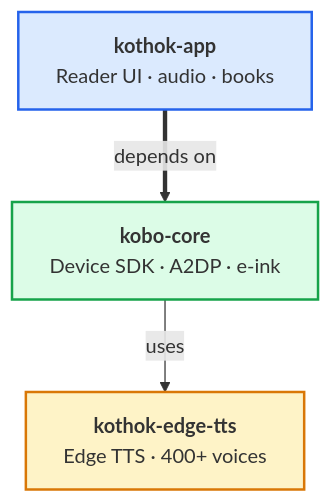
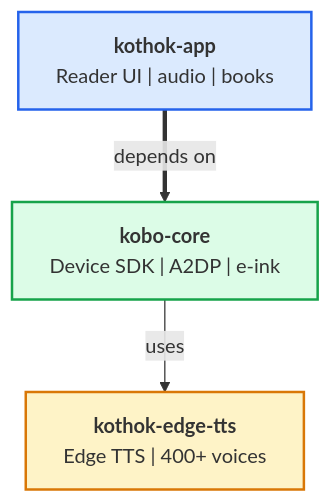
The first of 4 diagrams in README.md (Nayeem170/KoThok), drawn with Mermaid before and after one commit. The commit also changed 9 other files, not shown here.

First line of the commit message:
fix: audio resume, cursor color, loader shadow, bangla TTS, cleanup

````diff
--- a/README.md
+++ b/README.md
@@ -20,13 +20,13 @@
 ```mermaid
 flowchart TD
-    APP["<b>kothok-app</b><br/>Reader UI · audio · books"]
-    CORE["<b>kobo-core</b><br/>Device SDK · A2DP · e-ink"]
-    TTS["<b>kothok-edge-tts</b><br/>Edge TTS · 400+ voices"]
+    APP["<b>kothok-app</b><br/>Reader UI | audio | books"]
+    CORE["<b>kobo-core</b><br/>Device SDK | A2DP | e-ink"]
+    TTS["<b>kothok-edge-tts</b><br/>Edge TTS | 400+ voices"]
 
     APP ==>|"depends on"| CORE
     CORE -->|"uses"| TTS
 
     style APP fill:#dbeafe,stroke:#2563eb,stroke-width:2px
     style CORE fill:#dcfce7,stroke:#16a34a,stroke-width:2px
     style TTS fill:#fef3c7,stroke:#d97706,stroke-width:2px
 ```
````
